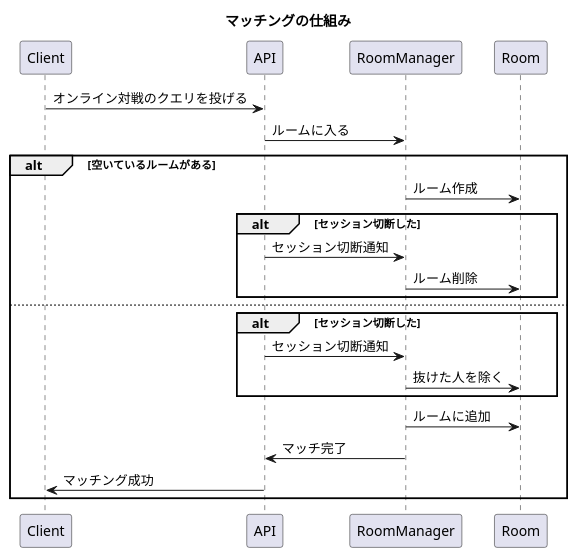
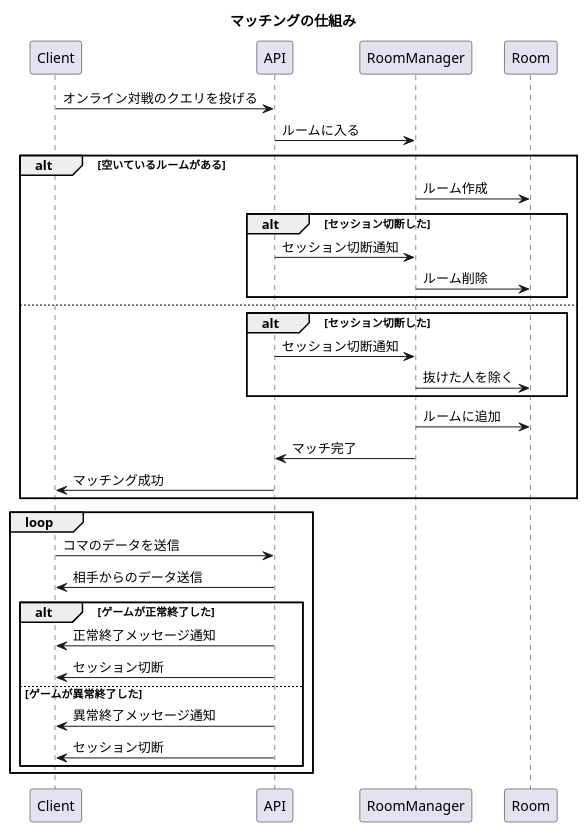
The diagram in uml/sequence/matching.puml (Issei0804-ie/Uhyo), drawn with PlantUML before and after one commit.

```diff
--- a/uml/sequence/matching.puml
+++ b/uml/sequence/matching.puml
@@ -1,24 +1,36 @@
 @startuml
 title マッチングの仕組み
 participant Client
 participant API
 participant RoomManager
 participant Room
 Client -> API : オンライン対戦のクエリを投げる
 API -> RoomManager : ルームに入る
 alt 空いているルームがある
     RoomManager -> Room : ルーム作成
     alt セッション切断した
         API -> RoomManager : セッション切断通知
                 RoomManager -> Room : ルーム削除
     end
 else
     alt セッション切断した
         API -> RoomManager : セッション切断通知
         RoomManager -> Room : 抜けた人を除く
     end
     RoomManager -> Room : ルームに追加
     RoomManager -> API : マッチ完了
     API -> Client : マッチング成功
 end
+
+loop
+    Client -> API : コマのデータを送信
+    API -> Client : 相手からのデータ送信
+    alt ゲームが正常終了した
+        API -> Client : 正常終了メッセージ通知
+        API -> Client : セッション切断
+    else ゲームが異常終了した
+        API -> Client : 異常終了メッセージ通知
+        API -> Client : セッション切断
+    end
+end
 @enduml
```
